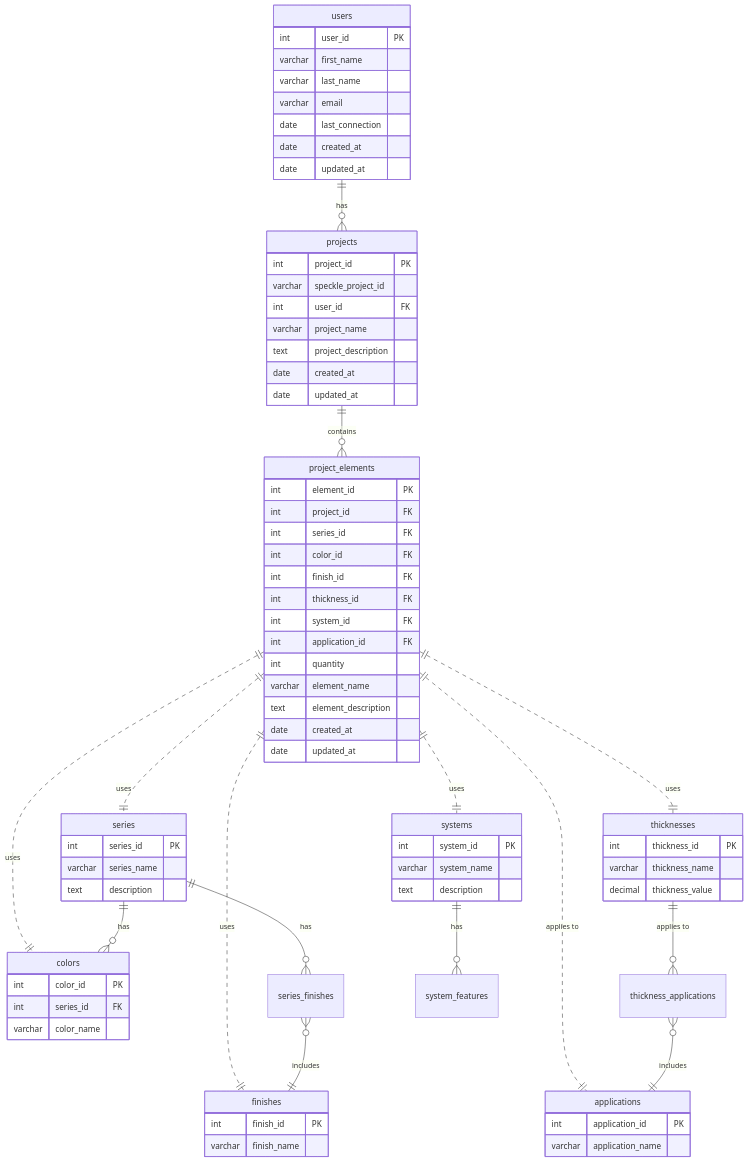
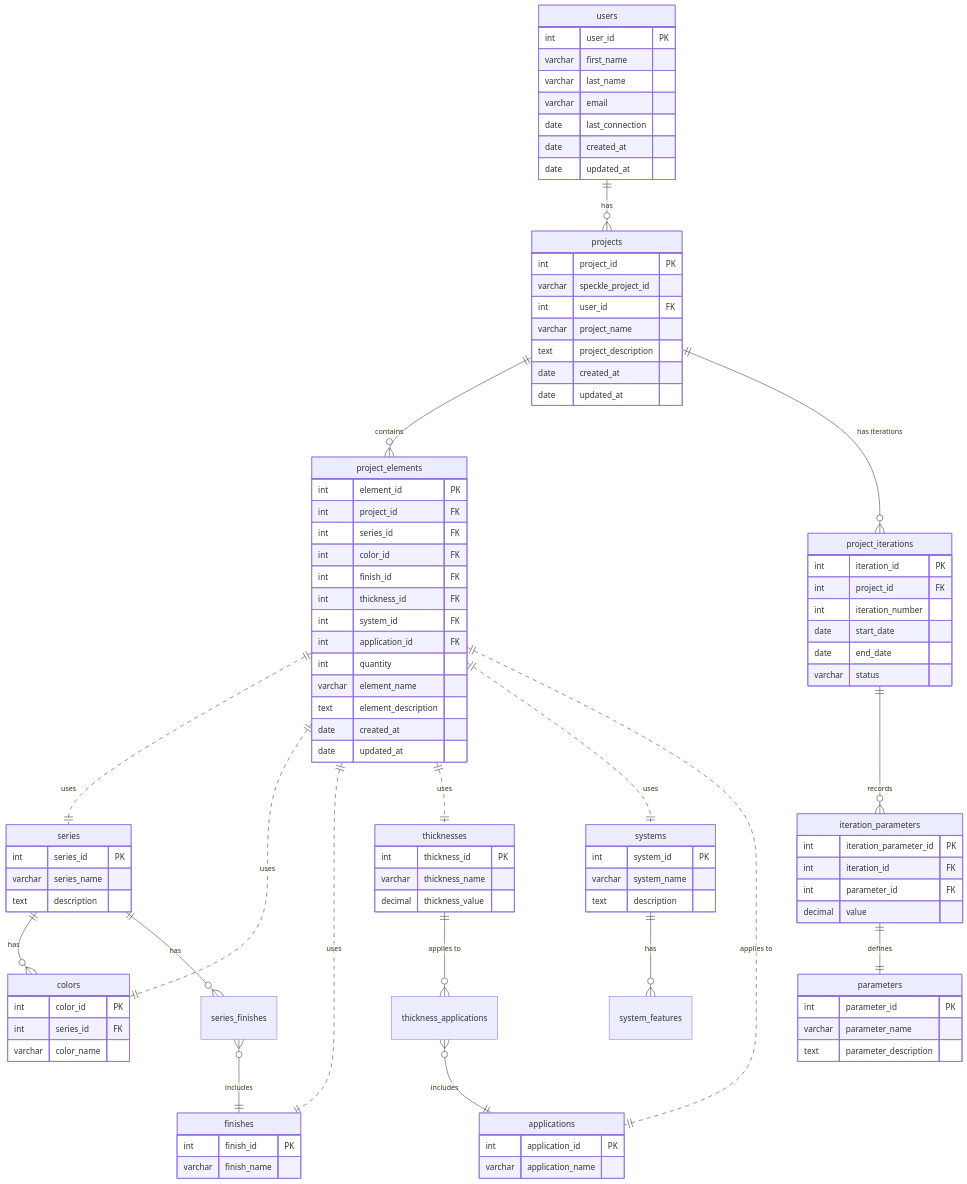
The third of 3 diagrams in README.md (jan-casas/vsc-compute-dash), drawn with Mermaid before and after one commit.

Commit message:
feat: add new entities for project iterations and parameters

````diff
--- a/README.md
+++ b/README.md
@@ -333,21 +333,48 @@
         text description
     }
 
-%% Relationships
-    users ||--o{ projects: "has"
-    projects ||--o{ project_elements: "contains"
-    project_elements ||..|| series: "uses"
-    project_elements ||..|| colors: "uses"
-    project_elements ||..|| finishes: "uses"
-    project_elements ||..|| thicknesses: "uses"
-    project_elements ||..|| systems: "uses"
-    project_elements ||..|| applications: "applies to"
-    series ||--o{ colors: "has"
-    series ||--o{ series_finishes: "has"
-    series_finishes }o--|| finishes: "includes"
-    thicknesses ||--o{ thickness_applications: "applies to"
-    thickness_applications }o--|| applications: "includes"
-    systems ||--o{ system_features: "has"
+    %% New Entities for Iterations and Parameters
+    project_iterations {
+        int iteration_id PK
+        int project_id FK
+        int iteration_number
+        date start_date
+        date end_date
+        varchar status
+    }
 
+    parameters {
+        int parameter_id PK
+        varchar parameter_name
+        text parameter_description
+    }
+
+    iteration_parameters {
+        int iteration_parameter_id PK
+        int iteration_id FK
+        int parameter_id FK
+        decimal value
+    }
+
+    %% Relationships
+    users ||--o{ projects : "has"
+    projects ||--o{ project_elements : "contains"
+    project_elements ||..|| series : "uses"
+    project_elements ||..|| colors : "uses"
+    project_elements ||..|| finishes : "uses"
+    project_elements ||..|| thicknesses : "uses"
+    project_elements ||..|| systems : "uses"
+    project_elements ||..|| applications : "applies to"
+    series ||--o{ colors : "has"
+    series ||--o{ series_finishes : "has"
+    series_finishes }o--|| finishes : "includes"
+    thicknesses ||--o{ thickness_applications : "applies to"
+    thickness_applications }o--|| applications : "includes"
+    systems ||--o{ system_features : "has"
+
+    %% Relationships for Iterations and Parameters
+    projects ||--o{ project_iterations : "has iterations"
+    project_iterations ||--o{ iteration_parameters : "records"
+    iteration_parameters ||--|| parameters : "defines"
 
 ```
````
